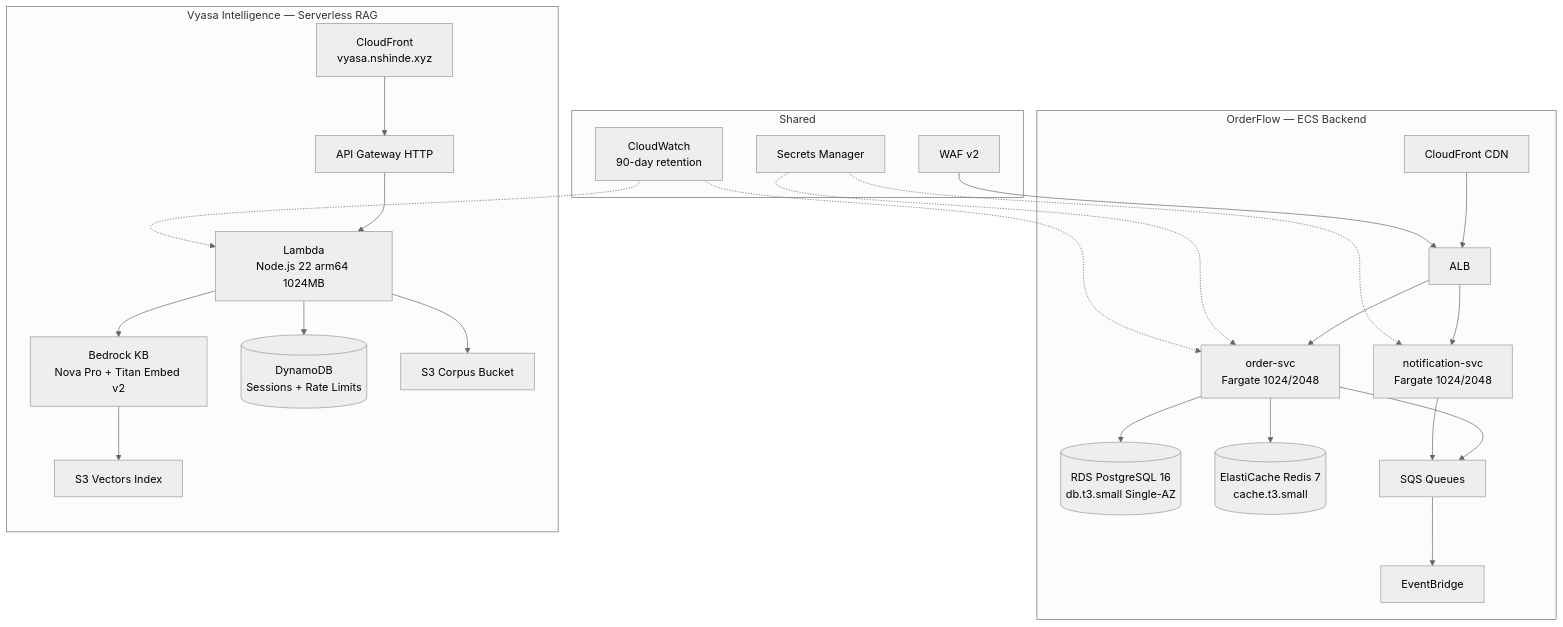
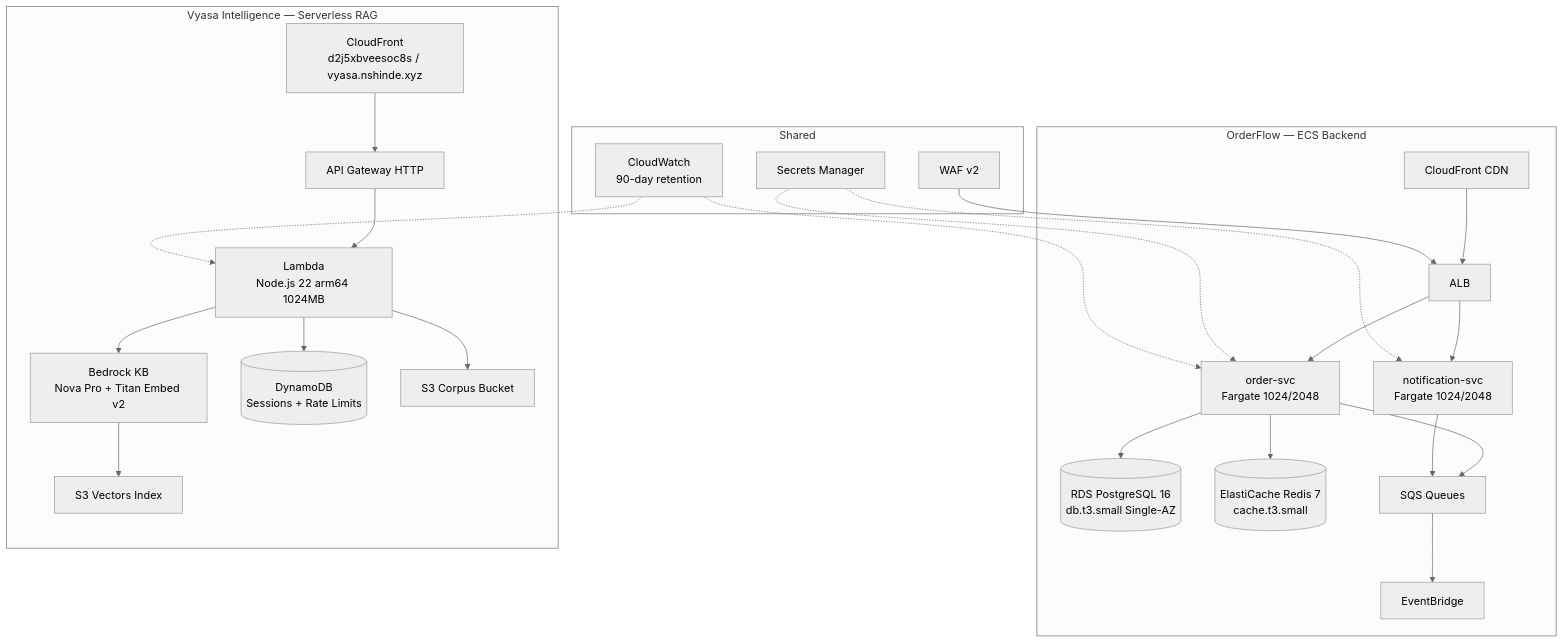
The diagram in docs/INFRASTRUCTURE.md (nilesh0604/f500), drawn with Mermaid (neutral theme) before and after one commit. The commit also changed other lines of this file and 7 other files, not shown here.

First line of the commit message:
docs(endpoints): update CloudFront distribution ID from d3qhic431njv7c to d2j5xbveesoc8s across all documentation

````diff
--- a/docs/INFRASTRUCTURE.md
+++ b/docs/INFRASTRUCTURE.md
@@ -36,30 +36,30 @@
 ```mermaid
 graph TB
   subgraph "OrderFlow — ECS Backend"
     CF1[CloudFront CDN] --> ALB[ALB]
     ALB --> ECS1[order-svc<br/>Fargate 1024/2048]
     ALB --> ECS2[notification-svc<br/>Fargate 1024/2048]
     ECS1 --> RDS[(RDS PostgreSQL 16<br/>db.t3.small Single-AZ)]
     ECS1 --> REDIS[(ElastiCache Redis 7<br/>cache.t3.small)]
     ECS1 --> SQS[SQS Queues]
     ECS2 --> SQS
     SQS --> EB[EventBridge]
   end
 
   subgraph "Vyasa Intelligence — Serverless RAG"
-    CF2[CloudFront<br/>vyasa.nshinde.xyz] --> APIGW[API Gateway HTTP]
+    CF2[CloudFront<br/>d2j5xbveesoc8s / vyasa.nshinde.xyz] --> APIGW[API Gateway HTTP]
     APIGW --> LAM[Lambda<br/>Node.js 22 arm64 1024MB]
     LAM --> BRK[Bedrock KB<br/>Nova Pro + Titan Embed v2]
     BRK --> S3V[S3 Vectors Index]
     LAM --> DDB[(DynamoDB<br/>Sessions + Rate Limits)]
     LAM --> S3C[S3 Corpus Bucket]
   end
 
   subgraph "Shared"
     WAF[WAF v2] --> ALB
     SM[Secrets Manager] -.-> ECS1
     SM -.-> ECS2
     CW[CloudWatch<br/>90-day retention] -.-> ECS1
     CW -.-> LAM
   end
 ```
````
